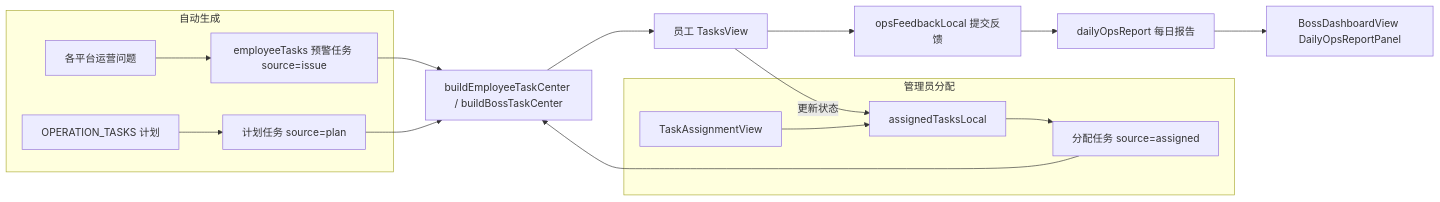
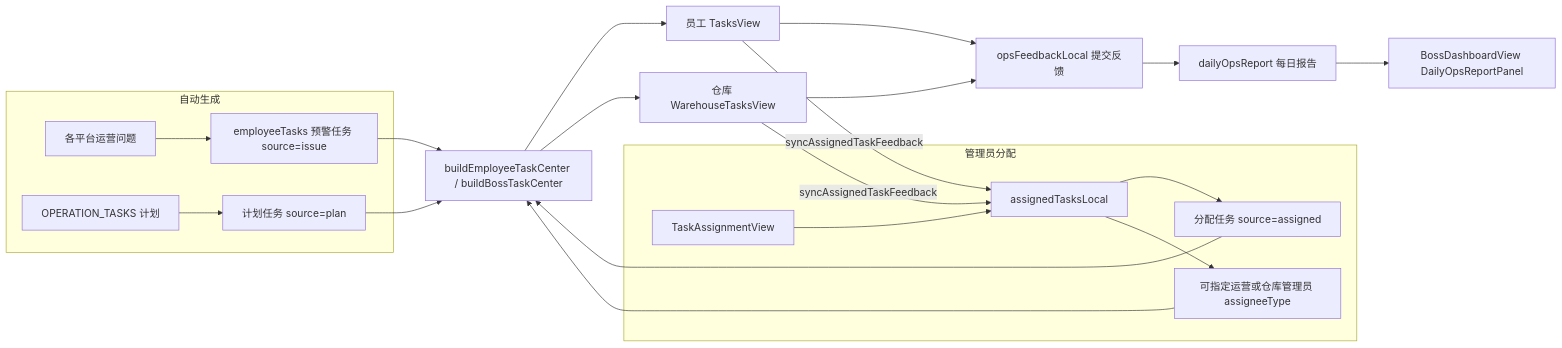
One commit to XQ-Best/SaaS-HZ_WEB_Demo changed the second of 3 diagrams in dev/vue-site/README.md. Above: the diagram before and after it, drawn with Mermaid. The commit also changed other lines of this file and 91 other files, not shown here.

First line of the commit message:
feat(warehouse): Add multi-warehouse ops, task collaboration, and demo fixes

````diff
--- a/dev/vue-site/README.md
+++ b/dev/vue-site/README.md
@@ -148,19 +165,24 @@
 ```mermaid
 flowchart LR
   subgraph 自动生成
     P[各平台运营问题] --> T1[employeeTasks 预警任务 source=issue]
     O[OPERATION_TASKS 计划] --> T2[计划任务 source=plan]
   end
   subgraph 管理员分配
     B[TaskAssignmentView] --> AT[assignedTasksLocal]
     AT --> T3[分配任务 source=assigned]
+    AT --> T4[可指定运营或仓库管理员 assigneeType]
   end
   T1 --> TC[buildEmployeeTaskCenter / buildBossTaskCenter]
   T2 --> TC
   T3 --> TC
+  T4 --> TC
   TC --> EV[员工 TasksView]
+  TC --> WV[仓库 WarehouseTasksView]
   EV --> FB[opsFeedbackLocal 提交反馈]
+  WV --> FB
   FB --> DR[dailyOpsReport 每日报告]
   DR --> BD[BossDashboardView DailyOpsReportPanel]
-  EV -->|更新状态| AT
+  EV -->|syncAssignedTaskFeedback| AT
+  WV -->|syncAssignedTaskFeedback| AT
 ```
````
